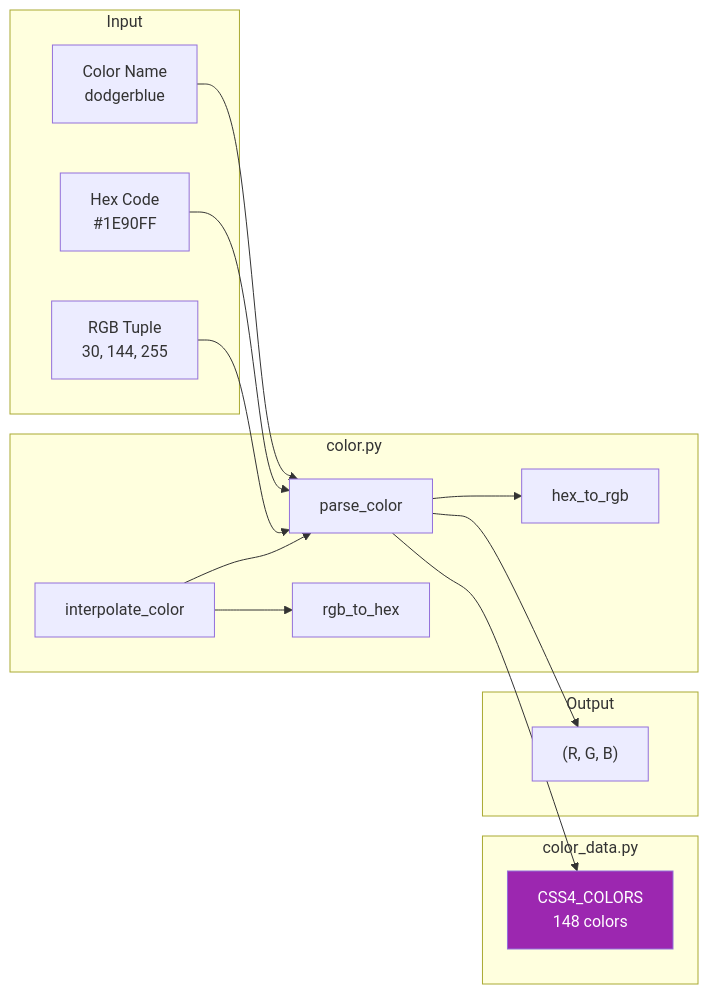
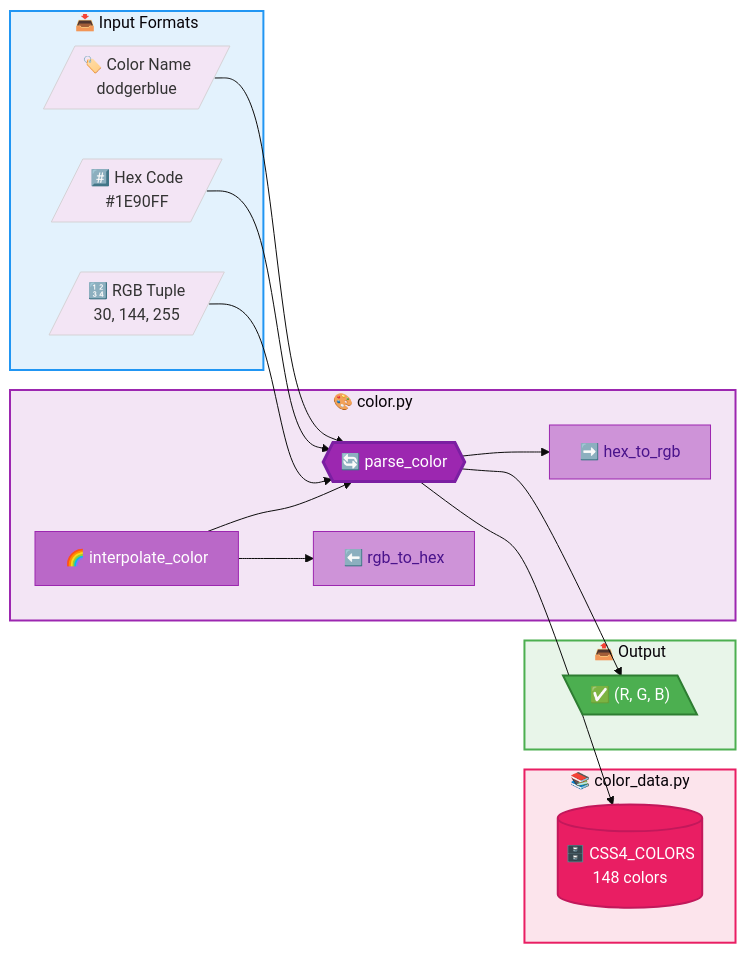
One commit to ksokolowski/StyledConsole changed the ninth of 11 diagrams in docs/DEVELOPER_GUIDE.md. Above: the diagram before and after it, drawn with Mermaid. The commit also changed other lines of this file, not shown here.

Commit message:
docs: enhance Mermaid diagrams with colors, emojis, and Material Design styling

````diff
--- a/docs/DEVELOPER_GUIDE.md
+++ b/docs/DEVELOPER_GUIDE.md
@@ -488,34 +583,45 @@
 ```mermaid
+%%{init: {'theme': 'base', 'themeVariables': { 'primaryColor': '#F3E5F5'}}}%%
 flowchart LR
-    subgraph Input
-        NAME[Color Name<br/>dodgerblue]
-        HEX[Hex Code<br/>#1E90FF]
-        RGB[RGB Tuple<br/>30, 144, 255]
+    subgraph Input["📥 Input Formats"]
+        NAME[/"🏷️ Color Name<br/>dodgerblue"/]
+        HEX[/"#️⃣ Hex Code<br/>#1E90FF"/]
+        RGB[/"🔢 RGB Tuple<br/>30, 144, 255"/]
     end
 
-    subgraph color.py
-        PC[parse_color]
-        IC[interpolate_color]
-        HTR[hex_to_rgb]
-        RTH[rgb_to_hex]
+    subgraph color.py["🎨 color.py"]
+        PC{{"🔄 parse_color"}}
+        IC[🌈 interpolate_color]
+        HTR[➡️ hex_to_rgb]
+        RTH[⬅️ rgb_to_hex]
     end
 
-    subgraph color_data.py
-        CSS4[CSS4_COLORS<br/>148 colors]
+    subgraph color_data.py["📚 color_data.py"]
+        CSS4[(🗄️ CSS4_COLORS<br/>148 colors)]
     end
 
-    subgraph Output
-        TUPLE["(R, G, B)"]
+    subgraph Output["📤 Output"]
+        TUPLE[\"✅ (R, G, B)"\]
     end
 
     NAME --> PC
     HEX --> PC
     RGB --> PC
     PC --> CSS4
     PC --> HTR
     PC --> TUPLE
     IC --> PC
     IC --> RTH
 
-    style CSS4 fill:#9C27B0,color:#fff
+    style Input fill:#E3F2FD,stroke:#2196F3,stroke-width:2px
+    style color.py fill:#F3E5F5,stroke:#9C27B0,stroke-width:2px
+    style color_data.py fill:#FCE4EC,stroke:#E91E63,stroke-width:2px
+    style Output fill:#E8F5E9,stroke:#4CAF50,stroke-width:2px
+
+    style PC fill:#9C27B0,color:#fff,stroke:#7B1FA2,stroke-width:3px
+    style CSS4 fill:#E91E63,color:#fff,stroke:#C2185B,stroke-width:2px
+    style TUPLE fill:#4CAF50,color:#fff,stroke:#2E7D32,stroke-width:2px
+    style IC fill:#BA68C8,color:#fff,stroke:#9C27B0
+    style HTR fill:#CE93D8,color:#4A148C,stroke:#9C27B0
+    style RTH fill:#CE93D8,color:#4A148C,stroke:#9C27B0
 ```
````
